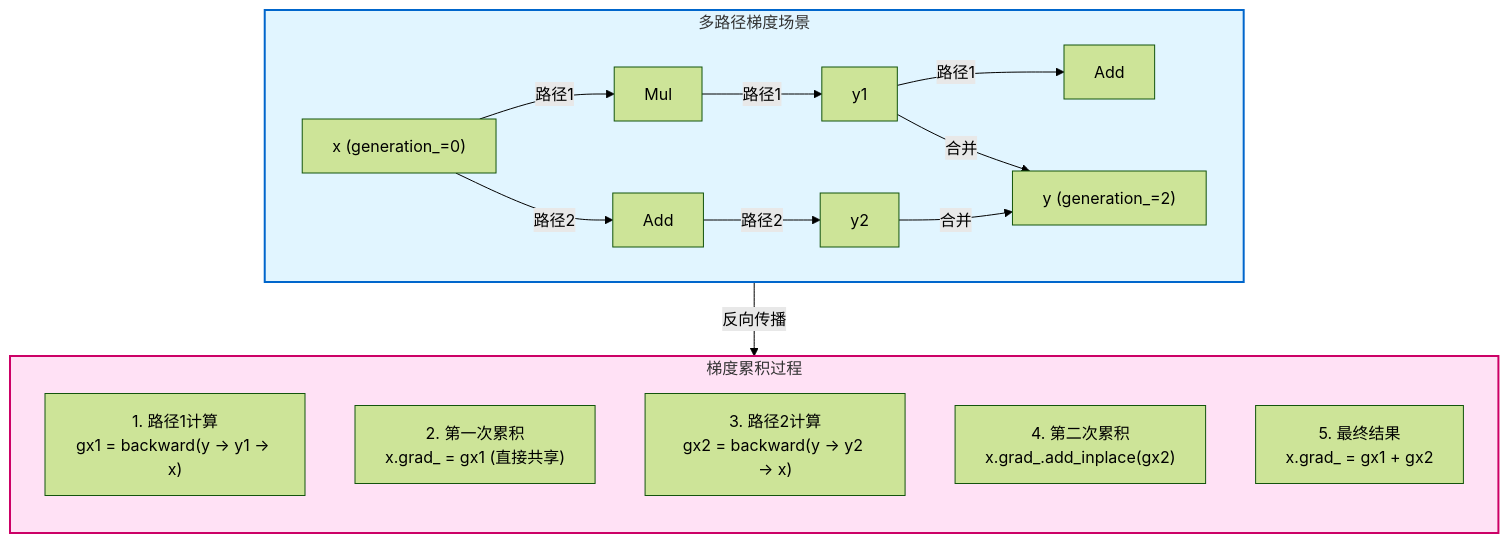
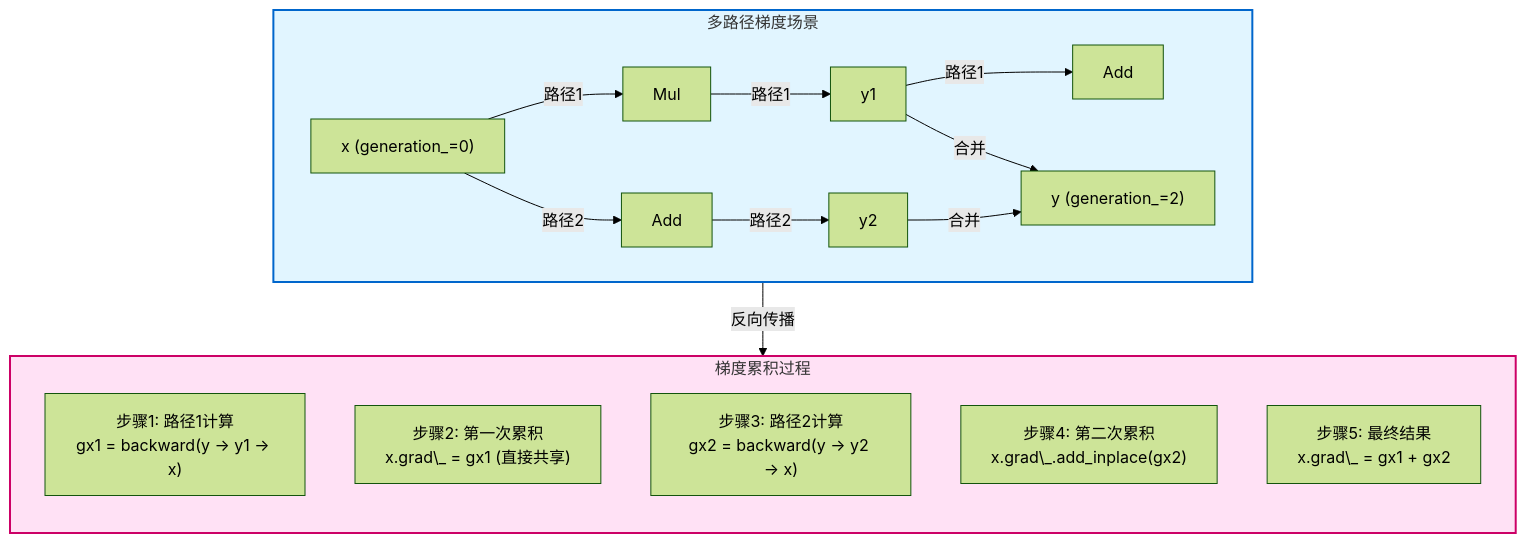
Diagram 17 of 41 in docs/design/architecture.md (jinbooooom/OriginDL), drawn with Mermaid (forest theme) before and after one commit. The commit also changed other lines of this file, not shown here.

````diff
--- a/docs/design/architecture.md
+++ b/docs/design/architecture.md
@@ -1196,35 +1115,35 @@
 ```mermaid
 flowchart TD
     subgraph MultiPath["多路径梯度场景"]
         direction LR
         X["x (generation_=0)"]
         Mul["Mul"]
         Y1["y1"]
         Add1["Add"]
         Add2["Add"]
         Y2["y2"]
         Final["y (generation_=2)"]
         
         X -->|路径1| Mul
         Mul -->|路径1| Y1
         Y1 -->|路径1| Add1
         X -->|路径2| Add2
         Add2 -->|路径2| Y2
         Y1 -->|合并| Final
         Y2 -->|合并| Final
     end
     
     subgraph Accumulate["梯度累积过程"]
         direction TB
-        Step1["1. 路径1计算<br/>gx1 = backward(y → y1 → x)"]
-        Step2["2. 第一次累积<br/>x.grad_ = gx1 (直接共享)"]
-        Step3["3. 路径2计算<br/>gx2 = backward(y → y2 → x)"]
-        Step4["4. 第二次累积<br/>x.grad_.add_inplace(gx2)"]
-        Step5["5. 最终结果<br/>x.grad_ = gx1 + gx2"]
+        Step1["步骤1: 路径1计算<br/>gx1 = backward(y → y1 → x)"]
+        Step2["步骤2: 第一次累积<br/>x.grad\_ = gx1 (直接共享)"]
+        Step3["步骤3: 路径2计算<br/>gx2 = backward(y → y2 → x)"]
+        Step4["步骤4: 第二次累积<br/>x.grad\_.add_inplace(gx2)"]
+        Step5["步骤5: 最终结果<br/>x.grad\_ = gx1 + gx2"]
     end
     
     MultiPath -->|反向传播| Accumulate
     
     style MultiPath fill:#e1f5ff,stroke:#0066cc,stroke-width:2px
     style Accumulate fill:#ffe1f5,stroke:#cc0066,stroke-width:2px
 ```
````
